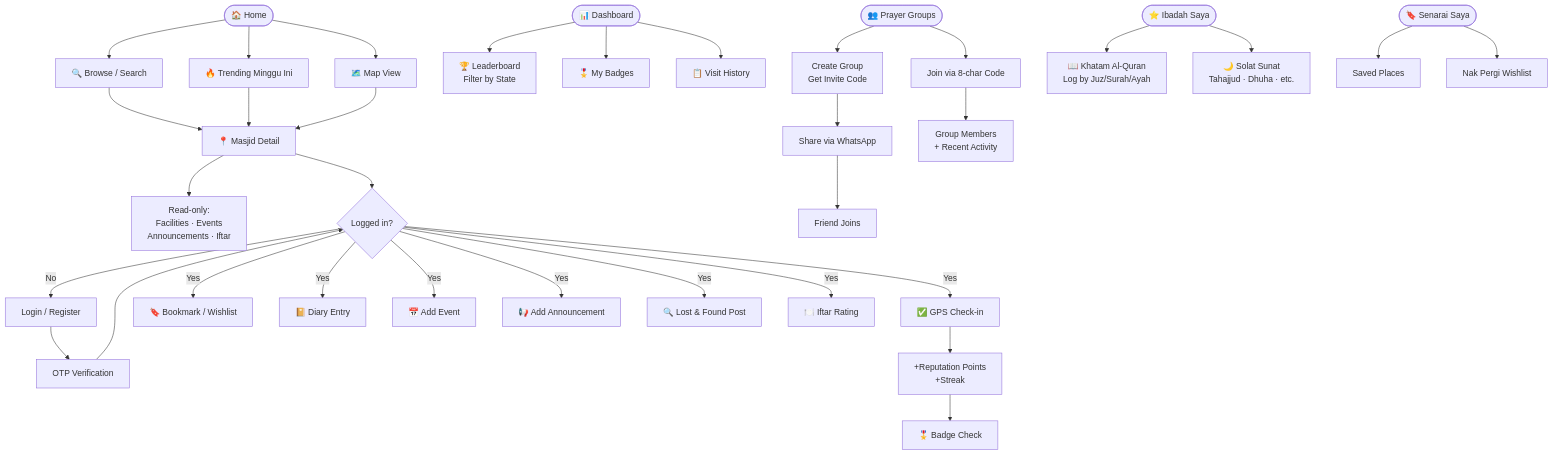
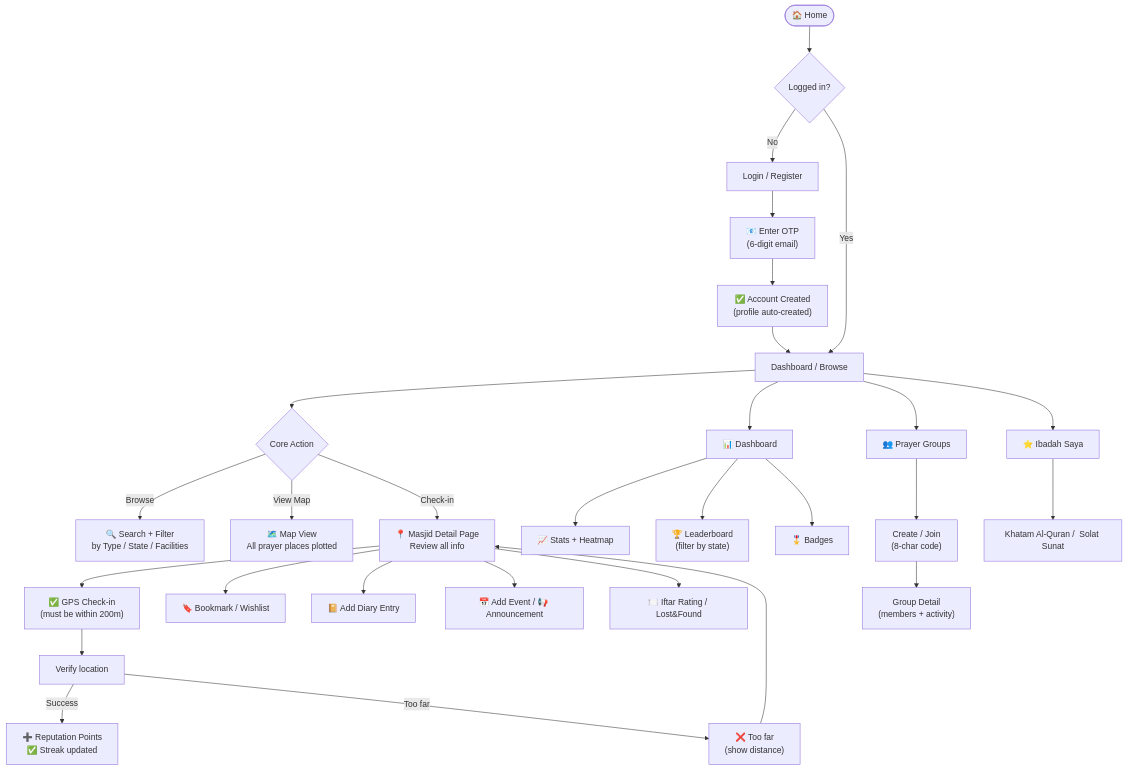
The fourth of 18 diagrams in README.md (snsyaqirah/SinggahLuhh), drawn with Mermaid before and after one commit. The commit also changed other lines of this file, not shown here.

````diff
--- a/README.md
+++ b/README.md
@@ -192,44 +216,38 @@
 ```mermaid
 flowchart TD
-    Landing([🏠 Home]) --> Browse[🔍 Browse / Search]
-    Landing --> Trending[🔥 Trending Minggu Ini]
-    Landing --> Map[🗺️ Map View]
-
-    Browse --> Detail[📍 Masjid Detail]
-    Trending --> Detail
-    Map --> Detail
-
-    Detail --> GuestActions["Read-only:\nFacilities · Events\nAnnouncements · Iftar"]
-
-    Detail --> AuthCheck{Logged in?}
-    AuthCheck -- No --> Login[Login / Register]
-    Login --> OTP[OTP Verification]
-    OTP --> AuthCheck
-
-    AuthCheck -- Yes --> CheckIn[✅ GPS Check-in]
-    CheckIn --> Points[+Reputation Points\n+Streak]
-    Points --> Badges[🎖️ Badge Check]
-
-    AuthCheck -- Yes --> Bookmark[🔖 Bookmark / Wishlist]
-    AuthCheck -- Yes --> Diary[📔 Diary Entry]
-    AuthCheck -- Yes --> AddEvent[📅 Add Event]
-    AuthCheck -- Yes --> AddAnn[📢 Add Announcement]
-    AuthCheck -- Yes --> LostFound[🔍 Lost & Found Post]
-    AuthCheck -- Yes --> IftarThread[🍽️ Iftar Rating]
-
-    Dashboard([📊 Dashboard]) --> Leaderboard[🏆 Leaderboard\nFilter by State]
-    Dashboard --> MyBadges[🎖️ My Badges]
-    Dashboard --> History[📋 Visit History]
-
-    Groups([👥 Prayer Groups]) --> CreateGroup[Create Group\nGet Invite Code]
-    Groups --> JoinGroup[Join via 8-char Code]
-    CreateGroup --> ShareWA[Share via WhatsApp]
-    ShareWA --> FriendJoins[Friend Joins]
-    JoinGroup --> GroupDetail[Group Members\n+ Recent Activity]
-
-    IbadahSaya([⭐ Ibadah Saya]) --> Khatam[📖 Khatam Al-Quran\nLog by Juz/Surah/Ayah]
-    IbadahSaya --> SolatSunat[🌙 Solat Sunat\nTahajjud · Dhuha · etc.]
-
-    Bookmarks([🔖 Senarai Saya]) --> Saved[Saved Places]
-    Bookmarks --> Wishlist[Nak Pergi Wishlist]
+    A([🏠 Home]) --> B{Logged in?}
+    B -->|No| C[Login / Register]
+    B -->|Yes| D[Dashboard / Browse]
+    
+    C --> OTP["📧 Enter OTP<br/>(6-digit email)"]
+    OTP --> E["✅ Account Created<br/>(profile auto-created)"]
+    E --> D
+    
+    D --> F{Core Action}
+    F -->|Browse| G["🔍 Search + Filter<br/>by Type / State / Facilities"]
+    F -->|View Map| H["🗺️ Map View<br/>All prayer places plotted"]
+    F -->|Check-in| I["📍 Masjid Detail Page<br/>Review all info"]
+    
+    I --> J["✅ GPS Check-in<br/>(must be within 200m)"]
+    J --> K["Verify location"]
+    K -->|Success| L["➕ Reputation Points<br/>✅ Streak updated"]
+    K -->|Too far| M["❌ Too far<br/>(show distance)"]
+    M --> I
+    
+    I --> N["🔖 Bookmark / Wishlist"]
+    I --> O["📔 Add Diary Entry"]
+    I --> P["📅 Add Event / 📢 Announcement"]
+    I --> Q["🍽️ Iftar Rating / Lost&Found"]
+    
+    D --> R["📊 Dashboard"]
+    R --> S["📈 Stats + Heatmap"]
+    R --> T["🏆 Leaderboard<br/>(filter by state)"]
+    R --> U["🎖️ Badges"]
+    
+    D --> V["👥 Prayer Groups"]
+    V --> W["Create / Join<br/>(8-char code)"]
+    W --> X["Group Detail<br/>(members + activity)"]
+    
+    D --> Y["⭐ Ibadah Saya"]
+    Y --> Z["Khatam Al-Quran /  Solat Sunat"]
 ```
````
